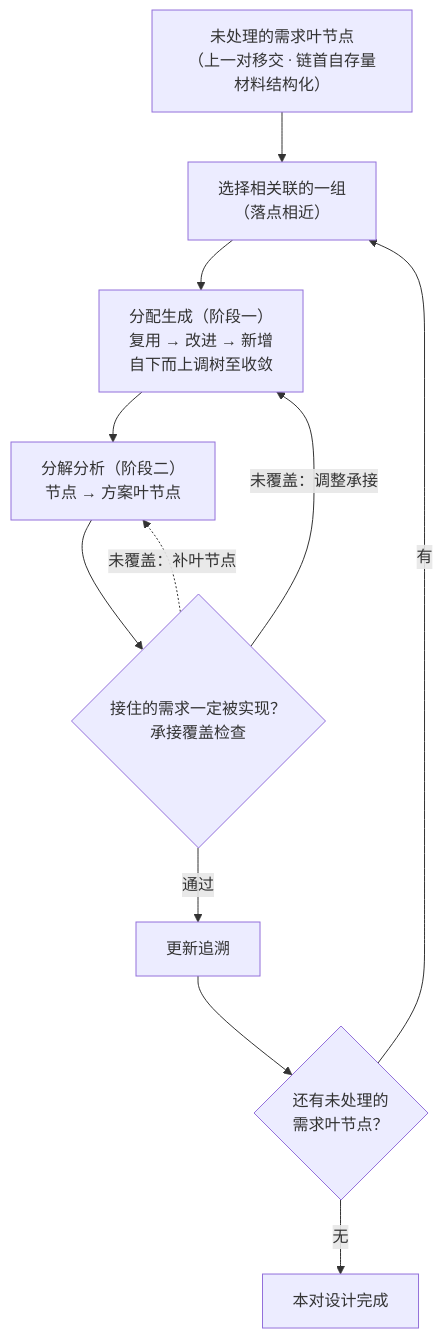
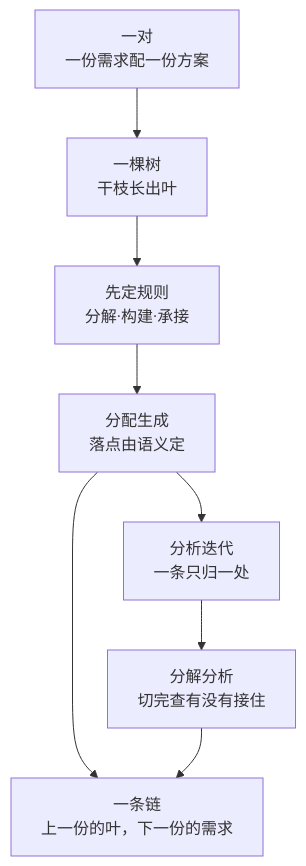
One commit to Yongjunzhou/business-Engineering changed the second of 2 diagrams in 10-系统工程研究/03-架构师是个怎样的物种/06-第6章-设计开发-需求与方案结对.md. Above: the diagram before and after it, drawn with Mermaid. The commit also changed other lines of this file and 13 other files, not shown here.

````diff
--- a/10-系统工程研究/03-架构师是个怎样的物种/06-第6章-设计开发-需求与方案结对.md
+++ b/10-系统工程研究/03-架构师是个怎样的物种/06-第6章-设计开发-需求与方案结对.md
@@ -437,13 +525,15 @@
 ```mermaid
-flowchart TD
-    A["未处理的需求叶节点<br/>（上一对移交 · 链首自存量材料结构化）"] --> B["选择相关联的一组<br/>（落点相近）"]
-    B --> C["分配生成（阶段一）<br/>复用 → 改进 → 新增<br/>自下而上调树至收敛"]
-    C --> D["分解分析（阶段二）<br/>节点 → 方案叶节点"]
-    D --> E{"接住的需求一定被实现？<br/>承接覆盖检查"}
-    E -- "未覆盖：调整承接" --> C
-    E -.->|"未覆盖：补叶节点"| D
-    E -- "通过" --> F["更新追溯"]
-    F --> G{"还有未处理的<br/>需求叶节点？"}
-    G -- "有" --> B
-    G -- "无" --> H["本对设计完成"]
+flowchart TB
+    P["一对<br/>一份需求配一份方案"]
+    T["一棵树<br/>干枝长出叶"]
+    R["先定规则<br/>分解·构建·承接"]
+    A1["分配生成<br/>落点由语义定"]
+    A2["分析迭代<br/>一条只归一处"]
+    A3["分解分析<br/>切完查有没有接住"]
+    C["一条链<br/>上一份的叶，下一份的需求"]
+    P --> T
+    T --> R
+    R --> A1 --> A2 --> A3
+    A1 --> C
+    A3 --> C
 ```
````
